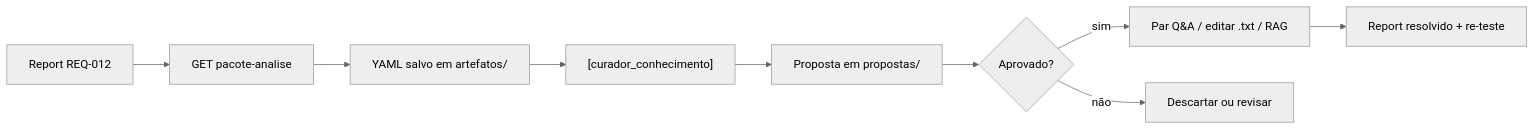
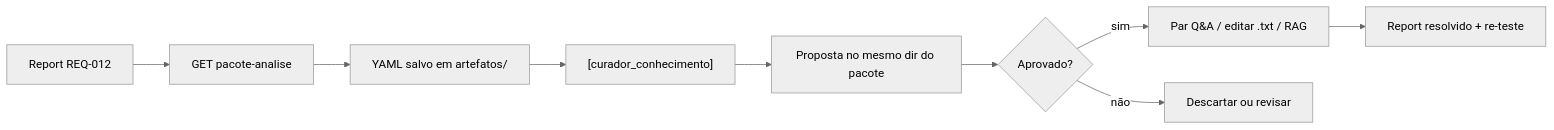
The diagram in artefatos/curador_conhecimento/guia_operacional.md (BetoFigu66/AgenteAssistenteDeVendas), drawn with Mermaid (neutral theme) before and after one commit. The commit also changed other lines of this file and 6 other files, not shown here.

````diff
--- a/artefatos/curador_conhecimento/guia_operacional.md
+++ b/artefatos/curador_conhecimento/guia_operacional.md
@@ -11,11 +11,11 @@
 ```mermaid
 flowchart LR
     A[Report REQ-012] --> B[GET pacote-analise]
     B --> C[YAML salvo em artefatos/]
     C --> D["[curador_conhecimento]"]
-    D --> E[Proposta em propostas/]
+    D --> E["Proposta no mesmo dir do pacote"]
     E --> F{Aprovado?}
     F -->|sim| G[Par Q&A / editar .txt / RAG]
     F -->|não| H[Descartar ou revisar]
     G --> I[Report resolvido + re-teste]
 ```
````
